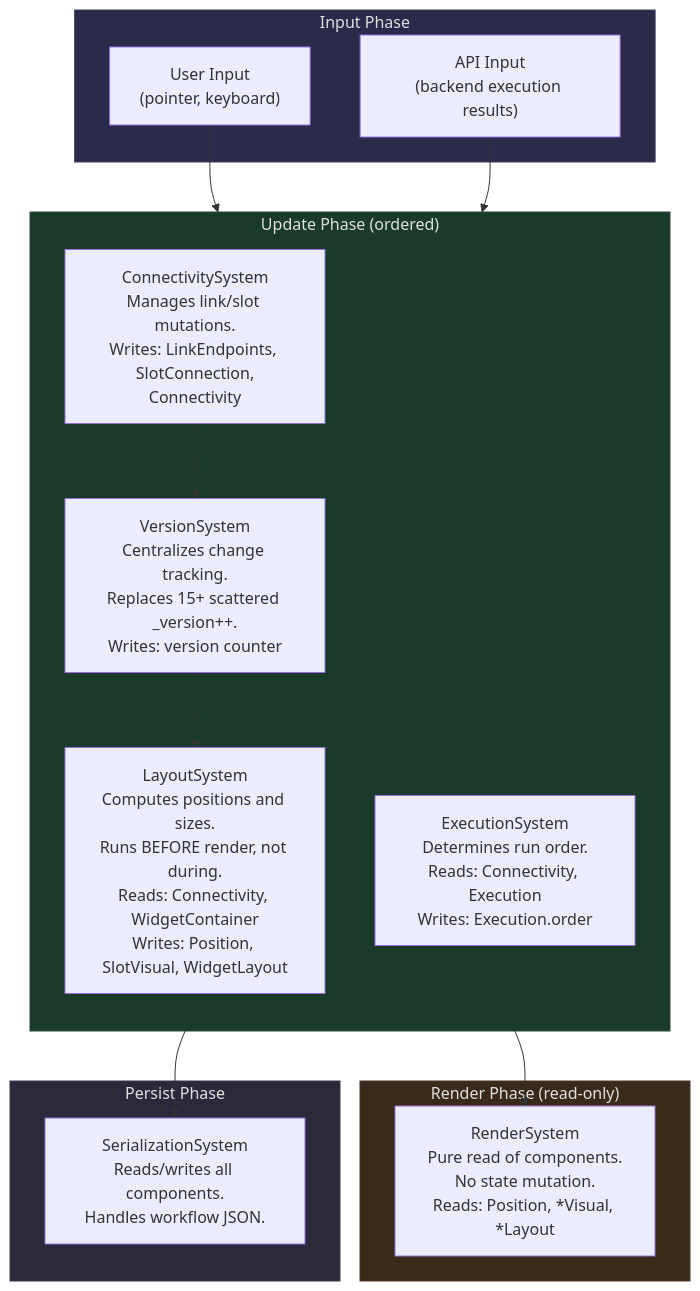
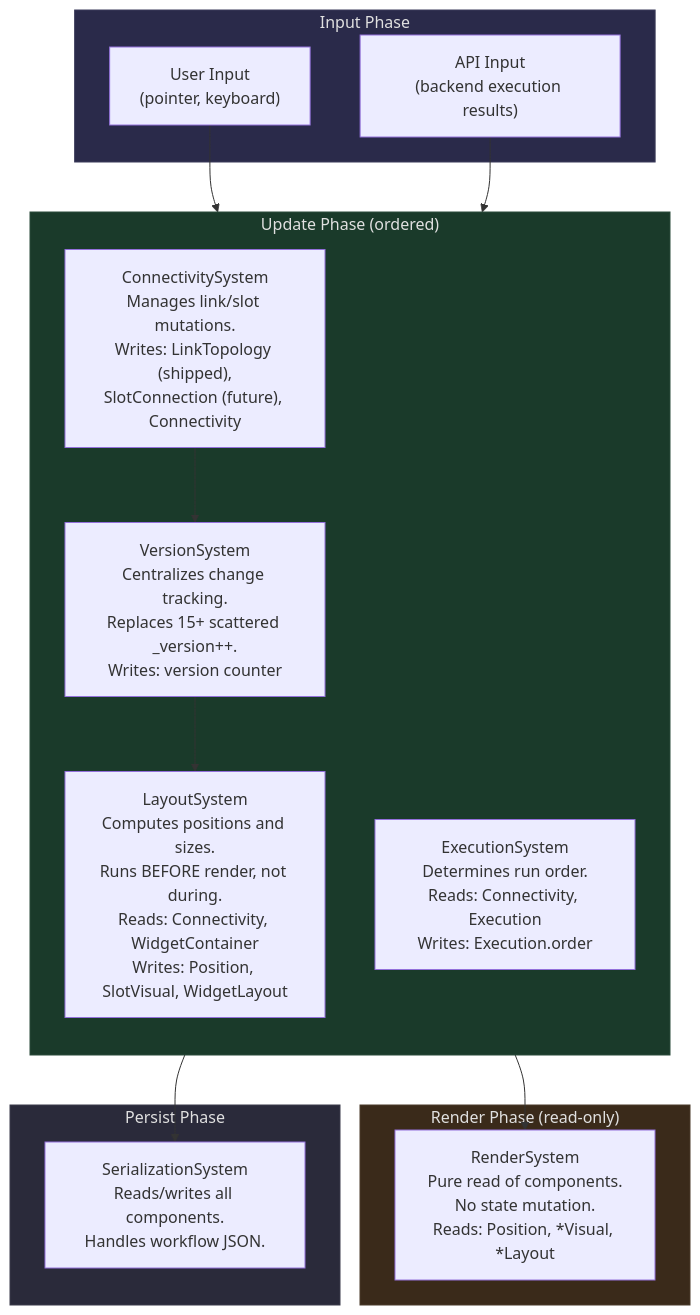
Before and after one commit to Comfy-Org/ComfyUI_frontend: the sixth of 12 diagrams in docs/architecture/ecs-target-architecture.md, drawn with Mermaid. The commit also changed other lines of this file and 2 other files, not shown here.

Commit message:
docs: qualify layout-store cleanup and future SlotConnection writes
Link geometry is still removed from the layout store in the current
node-removal flow; the target-architecture matrix now marks the
SlotConnection write as future work; the proto-ECS inventory narrows
LayoutStore's link source to geometry.

````diff
--- a/docs/architecture/ecs-target-architecture.md
+++ b/docs/architecture/ecs-target-architecture.md
@@ -276,55 +276,55 @@
 ```mermaid
 graph TD
     subgraph InputPhase["Input Phase"]
         UserInput["User Input
 (pointer, keyboard)"]
         APIInput["API Input
 (backend execution results)"]
     end
 
     subgraph UpdatePhase["Update Phase (ordered)"]
         direction TB
         CS["ConnectivitySystem
 Manages link/slot mutations.
-Writes: LinkEndpoints, SlotConnection,
-Connectivity"]
+Writes: LinkTopology (shipped),
+SlotConnection (future), Connectivity"]
         VS["VersionSystem
 Centralizes change tracking.
 Replaces 15+ scattered _version++.
 Writes: version counter"]
         LS["LayoutSystem
 Computes positions and sizes.
 Runs BEFORE render, not during.
 Reads: Connectivity, WidgetContainer
 Writes: Position, SlotVisual, WidgetLayout"]
         ES["ExecutionSystem
 Determines run order.
 Reads: Connectivity, Execution
 Writes: Execution.order"]
     end
 
     subgraph RenderPhase["Render Phase (read-only)"]
         RS["RenderSystem
 Pure read of components.
 No state mutation.
 Reads: Position, *Visual, *Layout"]
     end
 
     subgraph PersistPhase["Persist Phase"]
         SS["SerializationSystem
 Reads/writes all components.
 Handles workflow JSON."]
     end
 
     UserInput --> CS
     APIInput --> ES
     CS --> VS
     VS --> LS
     LS --> RS
     CS --> SS
 
     style InputPhase fill:#2a2a4a,stroke:#3a3a5a,color:#e0e0e0
     style UpdatePhase fill:#1a3a2a,stroke:#2a4a3a,color:#e0e0e0
     style RenderPhase fill:#3a2a1a,stroke:#4a3a2a,color:#e0e0e0
     style PersistPhase fill:#2a2a3a,stroke:#3a3a4a,color:#e0e0e0
 ```
````
